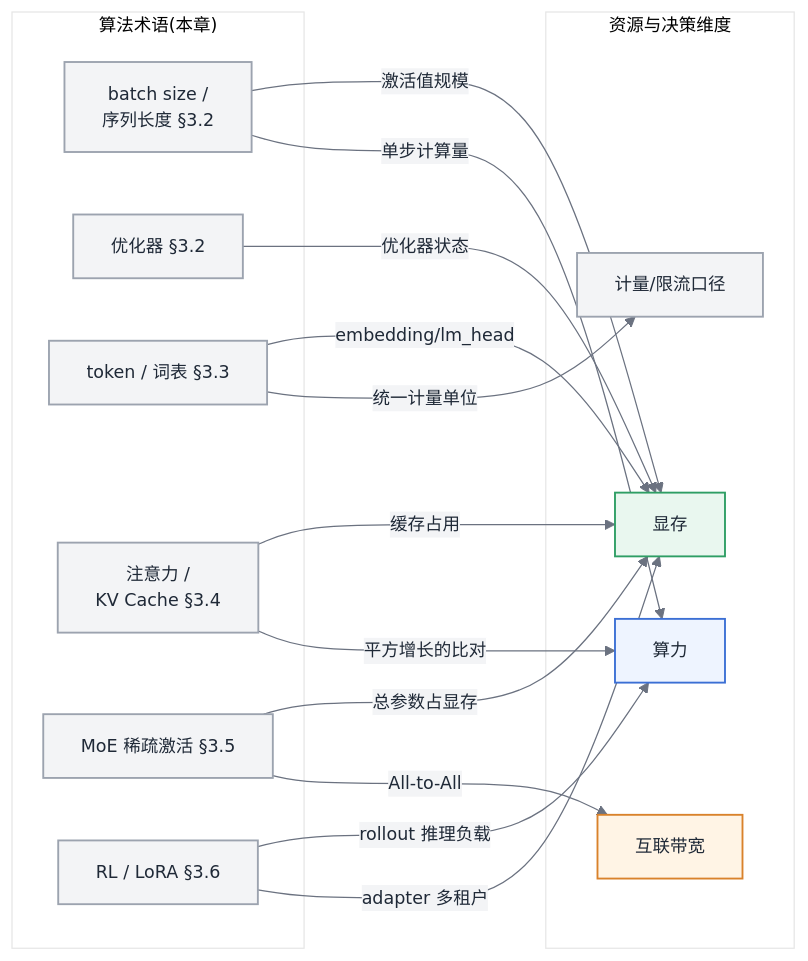
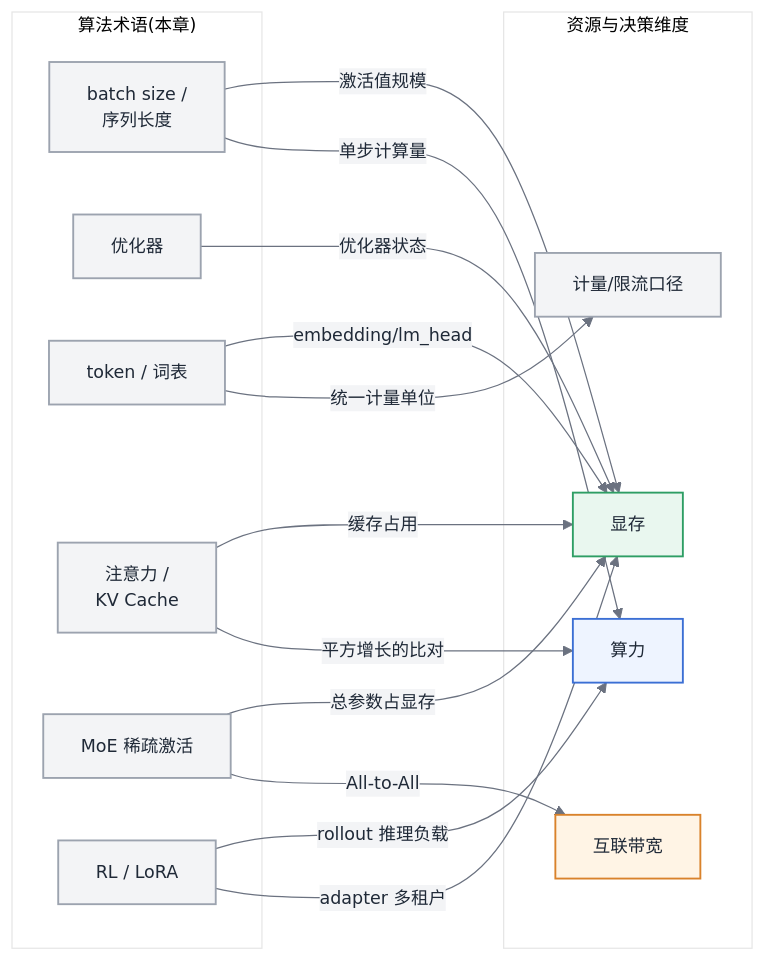
Before and after one commit to cdavid817/AI-Infra: the fourth of 4 diagrams in 第一部分-基础与心智模型/第03章-人工智能与大模型基础.md, drawn with Mermaid. The commit also changed 12 other files, not shown here.

Commit message:
mermaid 图内不再出现 §X.Y 小节引用:本章自引删除,跨章引用改为「第 X 章」表述(13 文件 28 处)

````diff
--- a/第一部分-基础与心智模型/第03章-人工智能与大模型基础.md
+++ b/第一部分-基础与心智模型/第03章-人工智能与大模型基础.md
@@ -251,38 +251,38 @@
 ```mermaid
 %%{init: {'theme':'base','themeVariables':{
   'primaryColor':'#EEF4FF','primaryBorderColor':'#3B6FD4','primaryTextColor':'#1F2937',
   'secondaryColor':'#F3F4F6','tertiaryColor':'#FFFFFF',
   'lineColor':'#6B7280','fontFamily':'-apple-system, Segoe UI, Helvetica, Arial, sans-serif','fontSize':'14px'
 }}}%%
 flowchart LR
   classDef term fill:#F3F4F6,stroke:#9CA3AF,stroke-width:1.5px,color:#1F2937
   classDef storage fill:#E9F7EF,stroke:#2E9E64,stroke-width:1.5px,color:#1F2937
   classDef compute fill:#EEF4FF,stroke:#3B6FD4,stroke-width:1.5px,color:#1F2937
   classDef comm fill:#FFF4E5,stroke:#D9822B,stroke-width:1.5px,color:#1F2937
 
   subgraph TERMS["算法术语(本章)"]
-    T1["batch size /<br/>序列长度 §3.2"]:::term
-    T2["优化器 §3.2"]:::term
-    T3["token / 词表 §3.3"]:::term
-    T4["注意力 /<br/>KV Cache §3.4"]:::term
-    T5["MoE 稀疏激活 §3.5"]:::term
-    T6["RL / LoRA §3.6"]:::term
+    T1["batch size /<br/>序列长度"]:::term
+    T2["优化器"]:::term
+    T3["token / 词表"]:::term
+    T4["注意力 /<br/>KV Cache"]:::term
+    T5["MoE 稀疏激活"]:::term
+    T6["RL / LoRA"]:::term
   end
   subgraph RES["资源与决策维度"]
     R1["显存"]:::storage
     R2["算力"]:::compute
     R3["互联带宽"]:::comm
     R4["计量/限流口径"]:::term
   end
   T1 -- "激活值规模" --> R1
   T1 -- "单步计算量" --> R2
   T2 -- "优化器状态" --> R1
   T3 -- "embedding/lm_head" --> R1
   T3 -- "统一计量单位" --> R4
   T4 -- "缓存占用" --> R1
   T4 -- "平方增长的比对" --> R2
   T5 -- "总参数占显存" --> R1
   T5 -- "All-to-All" --> R3
   T6 -- "rollout 推理负载" --> R2
   T6 -- "adapter 多租户" --> R1
 ```
````
